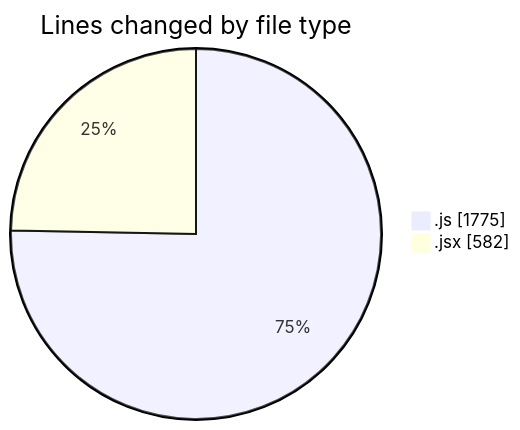
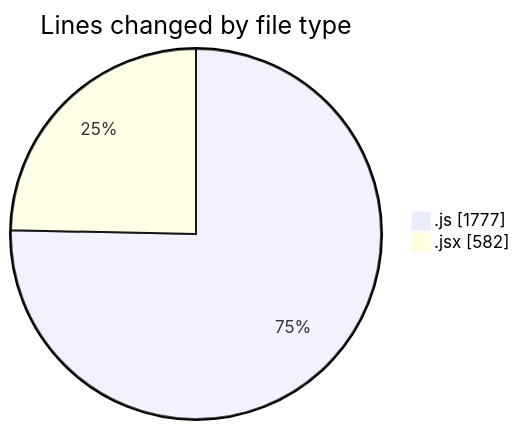
The first of 2 diagrams in 2025-11-03/nxtqube_webapp/README.md (nxtqubesakshisongat/code-tracking), drawn with Mermaid before and after one commit. The commit also changed other lines of this file and 1 other file, not shown here.

````diff
--- a/2025-11-03/nxtqube_webapp/README.md
+++ b/2025-11-03/nxtqube_webapp/README.md
@@ -28,6 +28,6 @@
 ```mermaid
 pie showData
 title Lines changed by file type
-".js" : 1775
+".js" : 1777
 ".jsx" : 582
 ```
````
